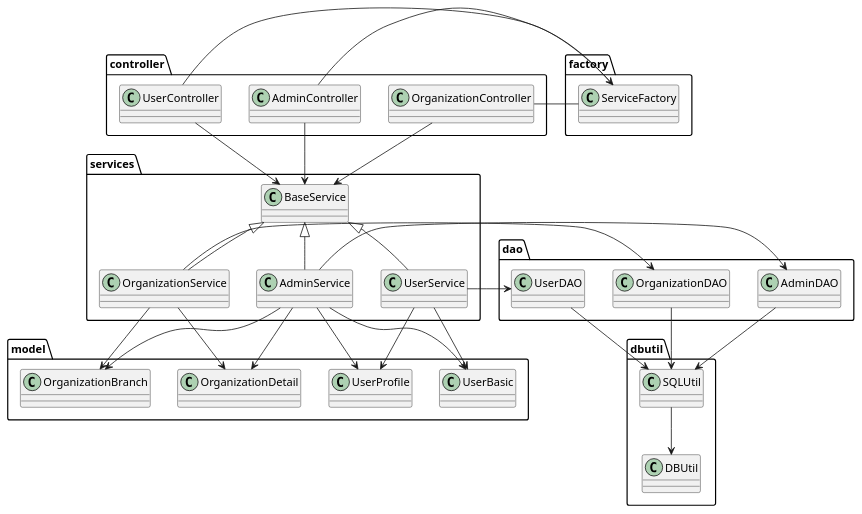
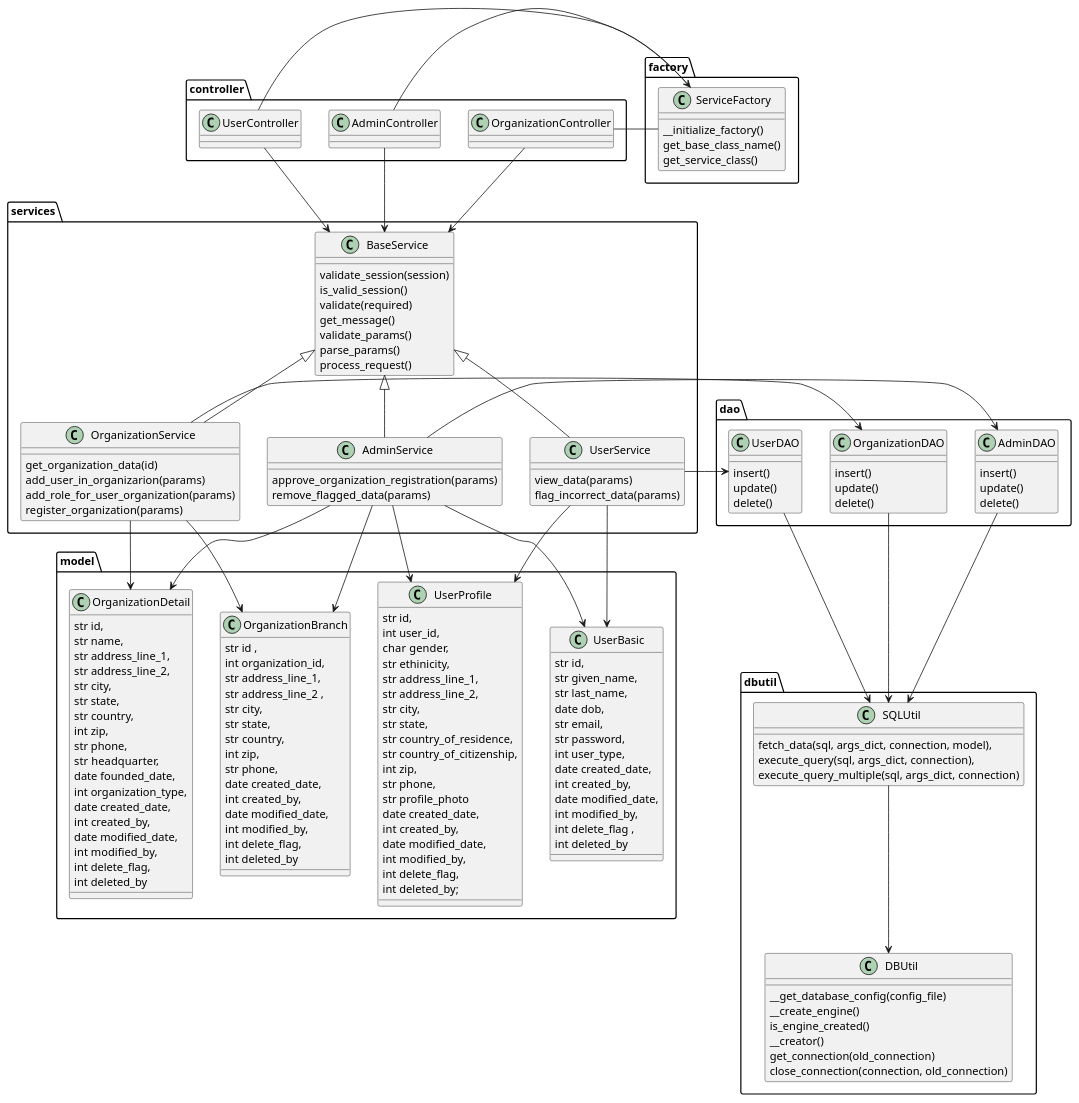
One commit to Divyang-Soni/User-Authentication-using-blockchain-technology changed the diagram in userauthentication-api/uml/class_diagram.puml. Above: the diagram before and after it, drawn with PlantUML.

Commit message:
methods and variables added

```diff
--- a/userauthentication-api/uml/class_diagram.puml
+++ b/userauthentication-api/uml/class_diagram.puml
@@ -1,72 +1,190 @@
 @startuml
 
 package controller{
     class UserController
     class OrganizationController
     class AdminController
 }
 
 package factory{
-    class ServiceFactory
+    class ServiceFactory{
+        __initialize_factory()
+        get_base_class_name()
+        get_service_class()
+    }
 }
 
 package model{
-    class UserBasic
-    class UserProfile
-    class OrganizationDetail
-    class OrganizationBranch
+    class OrganizationDetail{
+        str id,
+        str name,
+        str address_line_1,
+        str address_line_2,
+        str city,
+        str state,
+        str country,
+        int zip,
+        str phone,
+        str headquarter,
+        date founded_date,
+        int organization_type,
+        date created_date,
+        int created_by,
+        date modified_date,
+        int modified_by,
+        int delete_flag,
+        int deleted_by
+    }
+
+    class UserProfile{
+        str id,
+        int user_id,
+        char gender,
+        str ethinicity,
+        str address_line_1,
+        str address_line_2,
+        str city,
+        str state,
+        str country_of_residence,
+        str country_of_citizenship,
+        int zip,
+        str phone,
+        str profile_photo
+        date created_date,
+        int created_by,
+        date modified_date,
+        int modified_by,
+        int delete_flag,
+        int deleted_by;
+    }
+
+    class UserBasic{
+        str id,
+        str given_name,
+        str last_name,
+        date dob,
+        str email,
+        str password,
+        int user_type,
+        date created_date,
+        int created_by,
+        date modified_date,
+        int modified_by,
+        int delete_flag ,
+        int deleted_by
+    }
+
+    class OrganizationBranch{
+        str id ,
+        int organization_id,
+        str address_line_1,
+        str address_line_2 ,
+        str city,
+        str state,
+        str country,
+        int zip,
+        str phone,
+        date created_date,
+        int created_by,
+        date modified_date,
+        int modified_by,
+        int delete_flag,
+        int deleted_by
+    }
 }
 
 package services{
-    class BaseService
-    class OrganizationService
-    class UserService
-    class AdminService
+    class BaseService{
+        validate_session(session)
+        is_valid_session()
+        validate(required)
+        get_message()
+        validate_params()
+        parse_params()
+        process_request()
+    }
+    class OrganizationService{
+        get_organization_data(id)
+        add_user_in_organizarion(params)
+        add_role_for_user_organization(params)
+        register_organization(params)
+    }
+    class UserService{
+        view_data(params)
+        flag_incorrect_data(params)
+    }
+    class AdminService{
+        approve_organization_registration(params)
+        remove_flagged_data(params)
+    }
 }
 
 package dao{
-    class OrganizationDAO
-    class UserDAO
-    class AdminDAO
+    class OrganizationDAO{
+        insert()
+        update()
+        delete()
+    }
+    class UserDAO{
+        insert()
+        update()
+        delete()
+    }
+    class AdminDAO{
+        insert()
+        update()
+        delete()
+    }
 }
 
 package dbutil{
-    class SQLUtil
-    class DBUtil
+    class SQLUtil{
+        fetch_data(sql, args_dict, connection, model),
+        execute_query(sql, args_dict, connection),
+        execute_query_multiple(sql, args_dict, connection)
+    }
+    class DBUtil{
+        __get_database_config(config_file)
+        __create_engine()
+        is_engine_created()
+        __creator()
+        get_connection(old_connection)
+        close_connection(connection, old_connection)
+    }
 }
 
 BaseService <|-- UserService
 BaseService <|-- OrganizationService
 BaseService <|-- AdminService
 
 UserController -> ServiceFactory
 OrganizationController - ServiceFactory
 AdminController - ServiceFactory
 
 
 UserController --> BaseService
 OrganizationController --> BaseService
 AdminController --> BaseService
 
 UserService --> UserBasic
 UserService --> UserProfile
 
 OrganizationService --> OrganizationDetail
 OrganizationService --> OrganizationBranch
 
 AdminService --> UserBasic
 AdminService --> UserProfile
 AdminService --> OrganizationDetail
 AdminService --> OrganizationBranch
 
 AdminService -> AdminDAO
 OrganizationService -> OrganizationDAO
 UserService -> UserDAO
 
 OrganizationDAO --> SQLUtil
 UserDAO --> SQLUtil
 AdminDAO --> SQLUtil
 
 SQLUtil -->  DBUtil
 
 @enduml
```
